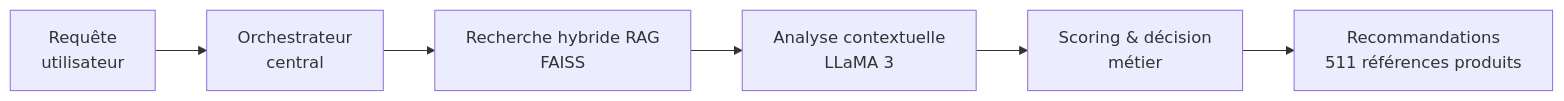
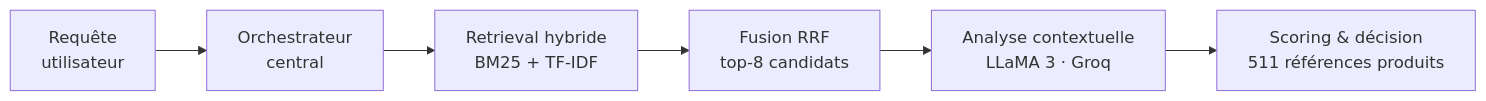
The second of 3 diagrams in README.md (badisAM/badisAM), drawn with Mermaid before and after one commit. The commit also changed other lines of this file, not shown here.

````diff
--- a/README.md
+++ b/README.md
@@ -68,8 +93,8 @@
 ```mermaid
 flowchart LR
     A["Requête<br/>utilisateur"] --> B["Orchestrateur<br/>central"]
-    B --> C["Recherche hybride RAG<br/>FAISS"]
-    C --> D["Analyse contextuelle<br/>LLaMA 3"]
-    D --> E["Scoring & décision<br/>métier"]
-    E --> F["Recommandations<br/>511 références produits"]
+    B --> C["Retrieval hybride<br/>BM25 + TF-IDF"]
+    C --> D["Fusion RRF<br/>top-8 candidats"]
+    D --> E["Analyse contextuelle<br/>LLaMA 3 · Groq"]
+    E --> F["Scoring & décision<br/>511 références produits"]
 ```
````
